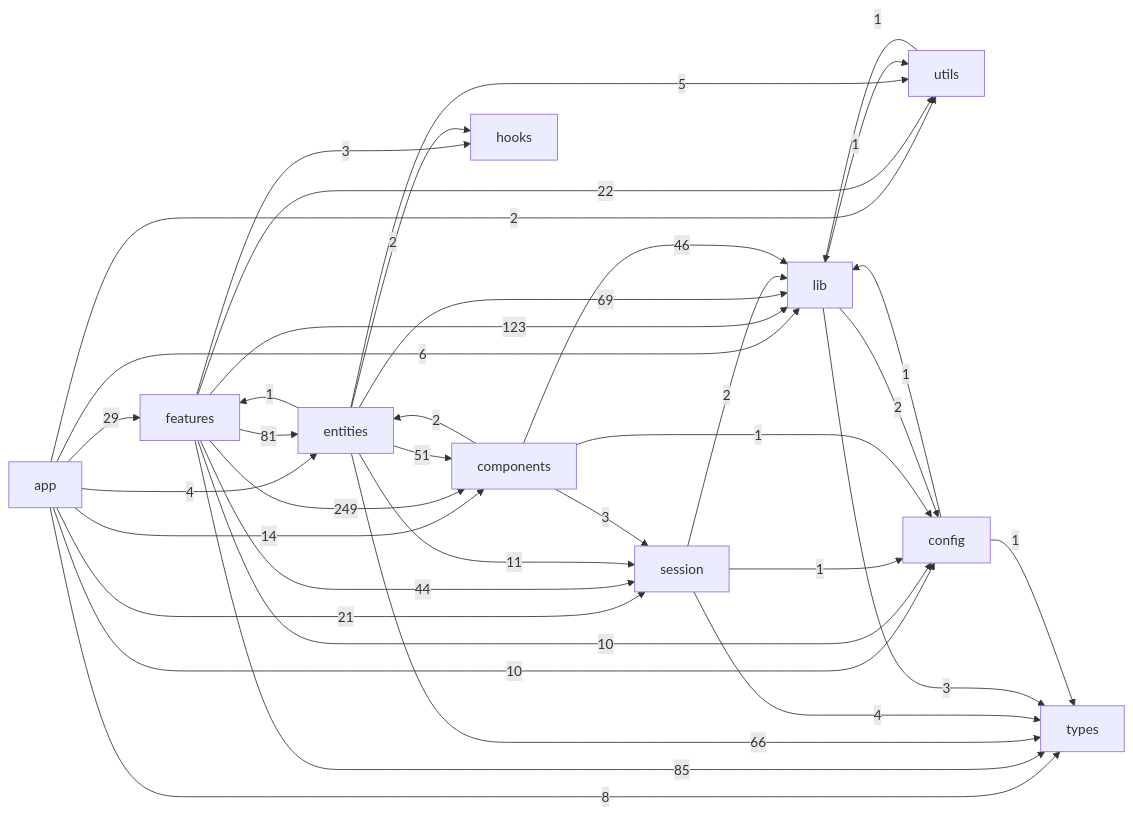
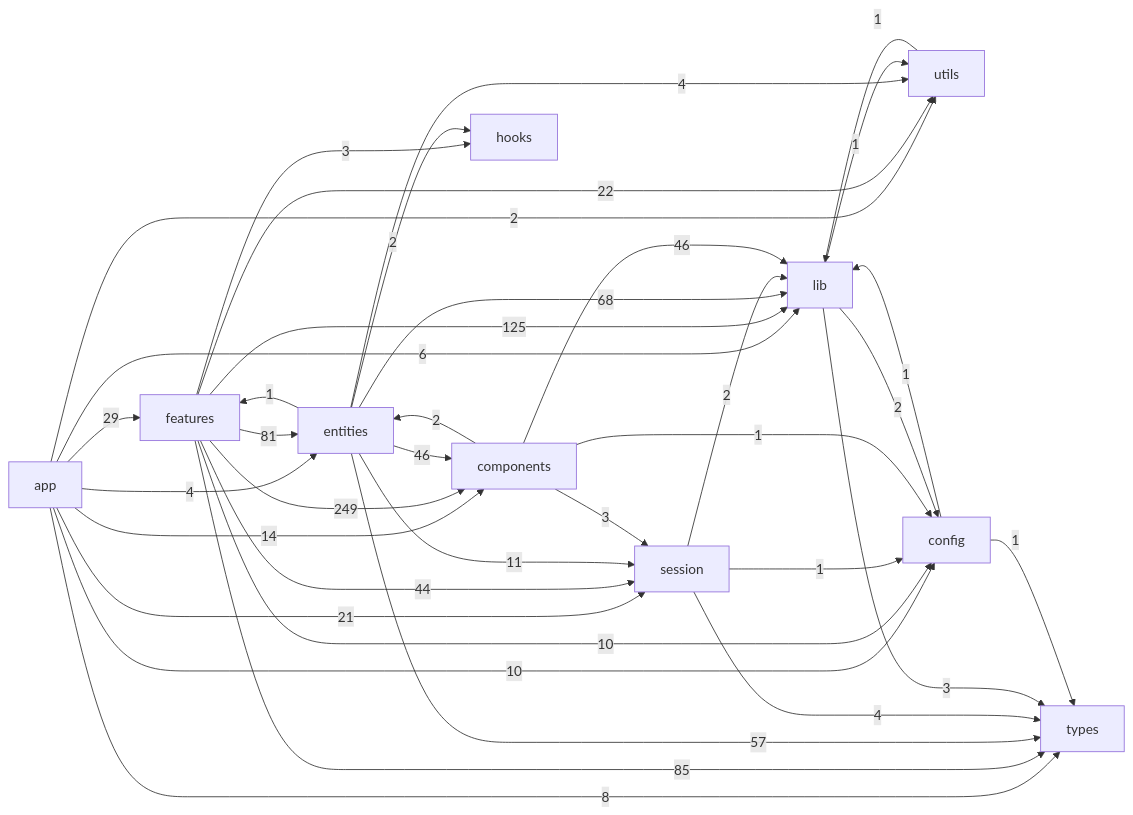
Before and after one commit to JohnnyZhao2/LMS: the diagram in lms_frontend/docs/generated/feature-dependency-graph.md, drawn with Mermaid. The commit also changed other lines of this file and 39 other files, not shown here.

````diff
--- a/lms_frontend/docs/generated/feature-dependency-graph.md
+++ b/lms_frontend/docs/generated/feature-dependency-graph.md
@@ -7,49 +7,49 @@
 ```mermaid
 flowchart LR
   app["app"]
   features["features"]
   entities["entities"]
   session["session"]
   components["components"]
   hooks["hooks"]
   lib["lib"]
   utils["utils"]
   config["config"]
   types["types"]
   app -->|29| features
   app -->|4| entities
   app -->|21| session
   app -->|14| components
   app -->|6| lib
   app -->|2| utils
   app -->|10| config
   app -->|8| types
   features -->|81| entities
   features -->|44| session
   features -->|249| components
   features -->|3| hooks
-  features -->|123| lib
+  features -->|125| lib
   features -->|22| utils
   features -->|10| config
   features -->|85| types
   entities -->|1| features
   entities -->|11| session
-  entities -->|51| components
+  entities -->|46| components
   entities -->|2| hooks
-  entities -->|69| lib
-  entities -->|5| utils
-  entities -->|66| types
+  entities -->|68| lib
+  entities -->|4| utils
+  entities -->|57| types
   session -->|2| lib
   session -->|1| config
   session -->|4| types
   components -->|2| entities
   components -->|3| session
   components -->|46| lib
   components -->|1| config
   lib -->|1| utils
   lib -->|2| config
   lib -->|3| types
   utils -->|1| lib
   config -->|1| lib
   config -->|1| types
 ```
````
